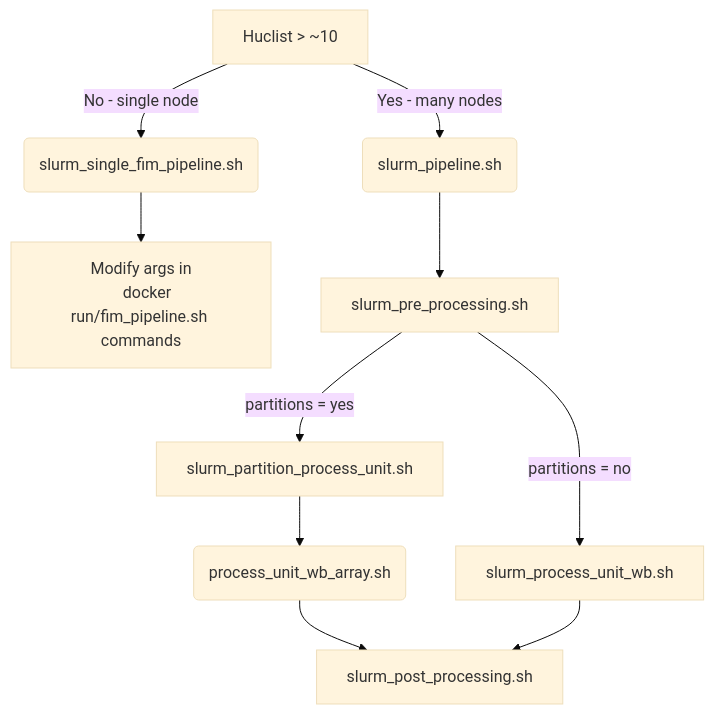
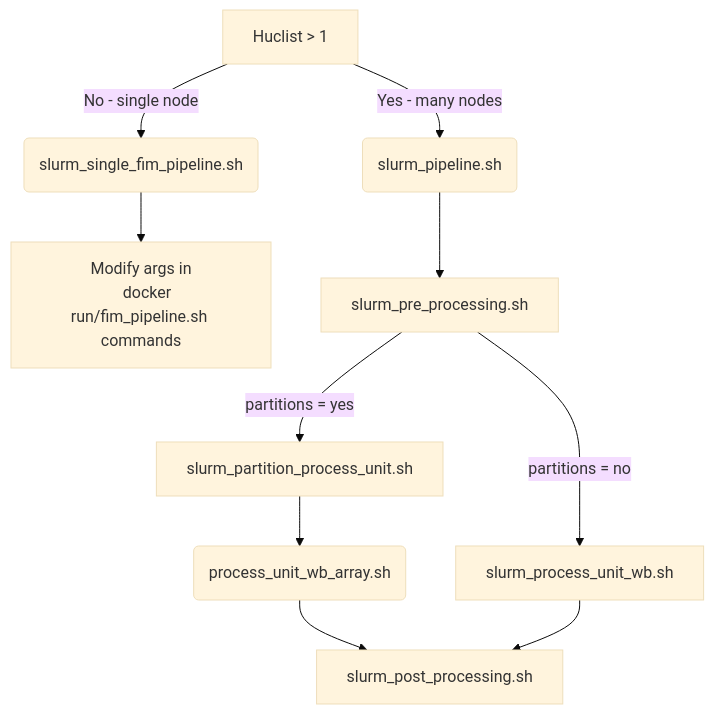
The diagram in pw/README.md (robgpita-noaa/inundation-mapping), drawn with Mermaid (base theme) before and after one commit. The commit also changed other lines of this file, not shown here.

````diff
--- a/pw/README.md
+++ b/pw/README.md
@@ -84,14 +84,14 @@
 ```mermaid
 flowchart TD
-    A[Huclist > ~10] --> |No - single node| G(slurm_single_fim_pipeline.sh)
+    A[Huclist > 1] --> |No - single node| G(slurm_single_fim_pipeline.sh)
     G --> H[Modify args in
     docker run/fim_pipeline.sh commands]
     A --> |Yes - many nodes| B(slurm_pipeline.sh)
     B --> C[slurm_pre_processing.sh]
     C --> |partitions = no| D[slurm_process_unit_wb.sh]
     C --> |partitions = yes| I[slurm_partition_process_unit.sh]
     I --> J(process_unit_wb_array.sh)
     J --> E[slurm_post_processing.sh]
     D --> E[slurm_post_processing.sh]
 
 ```
````
